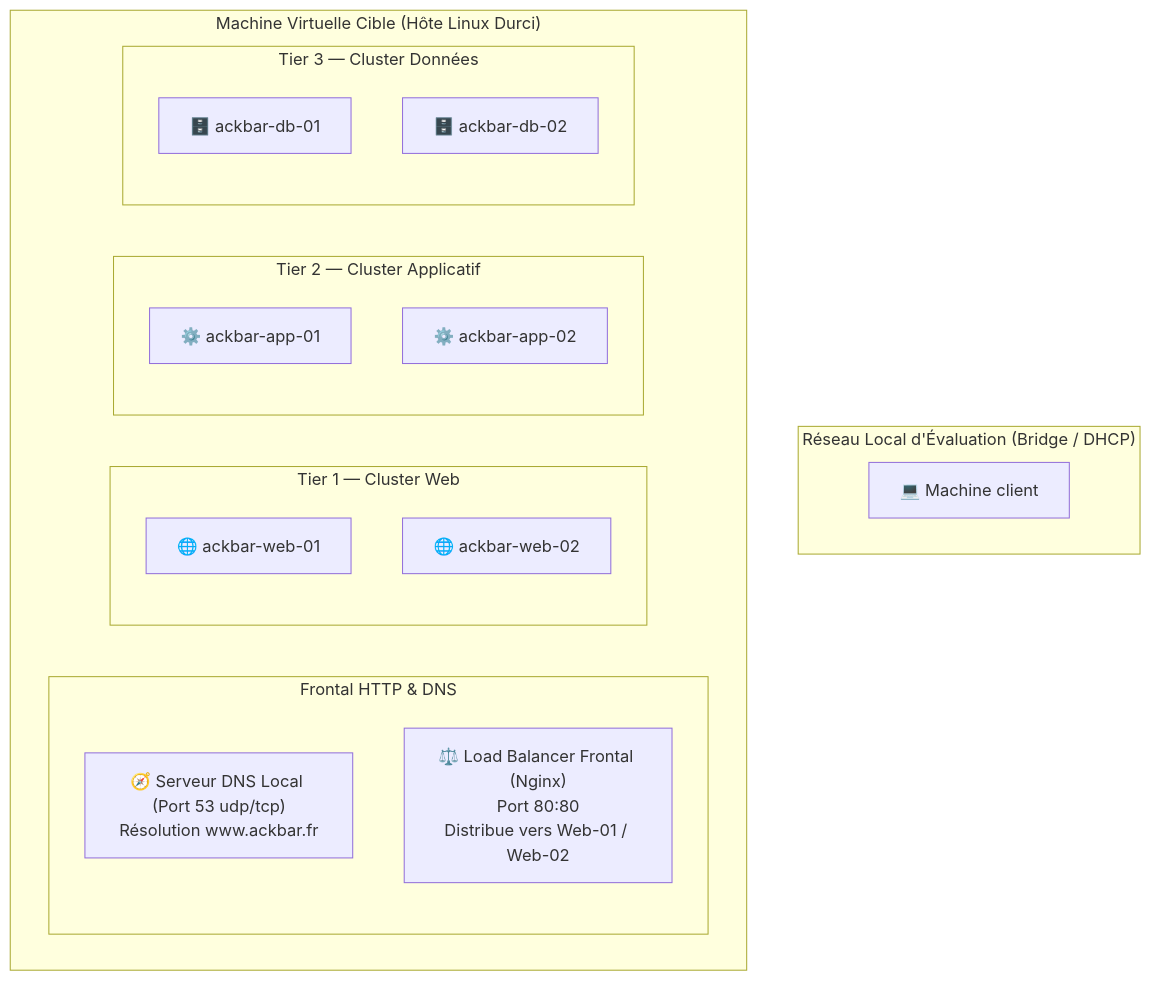
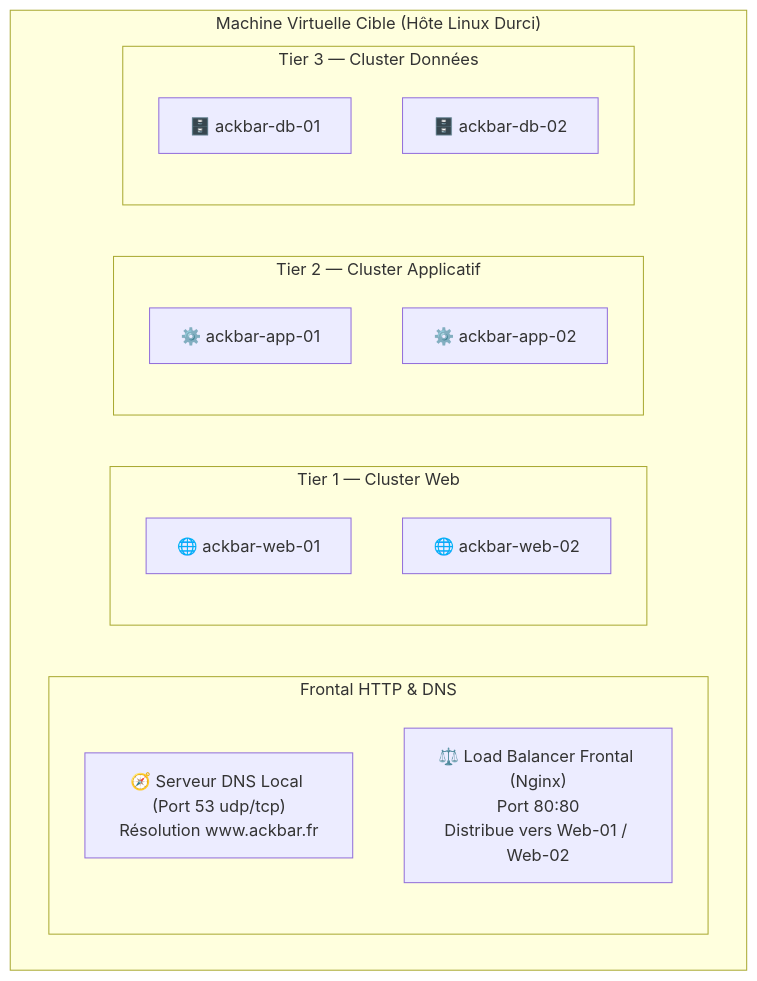
The diagram in README.md (Belkoruh/wargame), drawn with Mermaid before and after one commit.

````diff
--- a/README.md
+++ b/README.md
@@ -54,28 +54,24 @@
 ```mermaid
 flowchart TD
-    subgraph LAN["Réseau Local d'Évaluation (Bridge / DHCP)"]
-        Attacker["💻 Machine client"]
-    end
-
     subgraph TargetVM["Machine Virtuelle Cible (Hôte Linux Durci)"]
         subgraph Frontal["Frontal HTTP & DNS"]
             DNS["🧭 Serveur DNS Local (Port 53 udp/tcp)<br/>Résolution www.ackbar.fr"]
             LB["⚖️ Load Balancer Frontal (Nginx)<br/>Port 80:80<br/>Distribue vers Web-01 / Web-02"]
         end
 
         subgraph Tier1["Tier 1 — Cluster Web"]
             Web1["🌐 ackbar-web-01<br/>"]
             Web2["🌐 ackbar-web-02<br/>"]
         end
 
         subgraph Tier2["Tier 2 — Cluster Applicatif"]
             App1["⚙️ ackbar-app-01"]
             App2["⚙️ ackbar-app-02"]
         end
 
         subgraph Tier3["Tier 3 — Cluster Données"]
             DB1["🗄️ ackbar-db-01"]
             DB2["🗄️ ackbar-db-02"]
         end
     end
 ```
````
